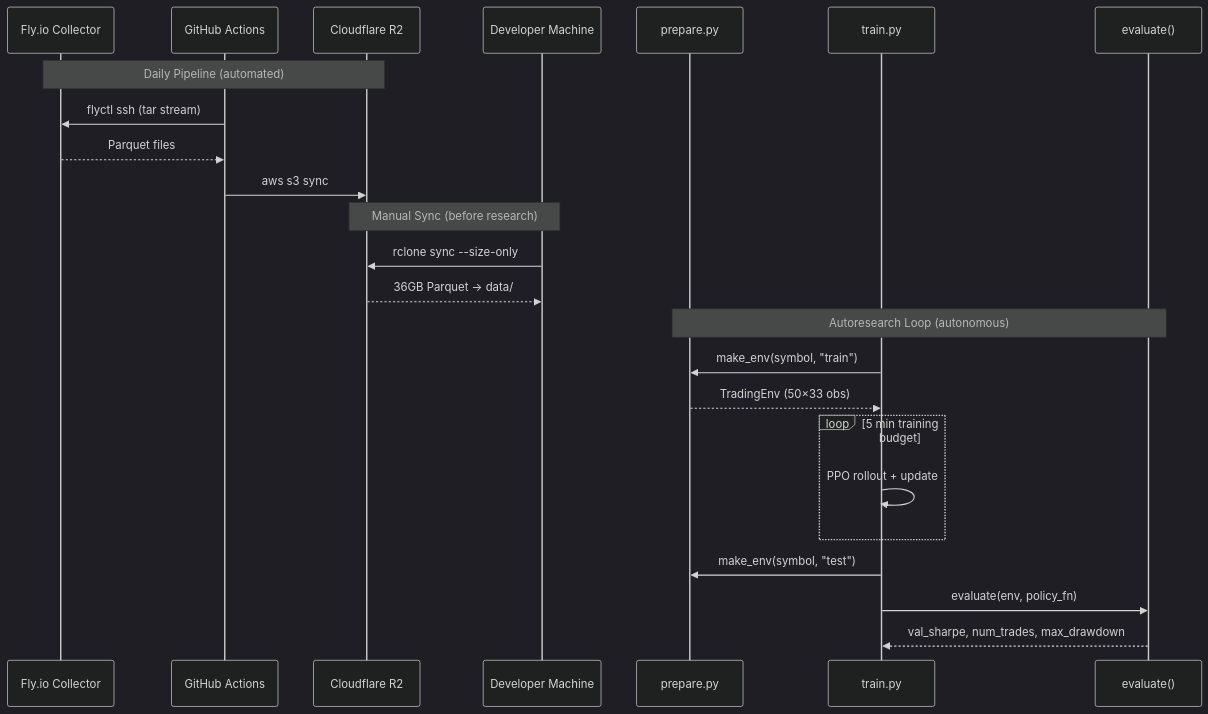
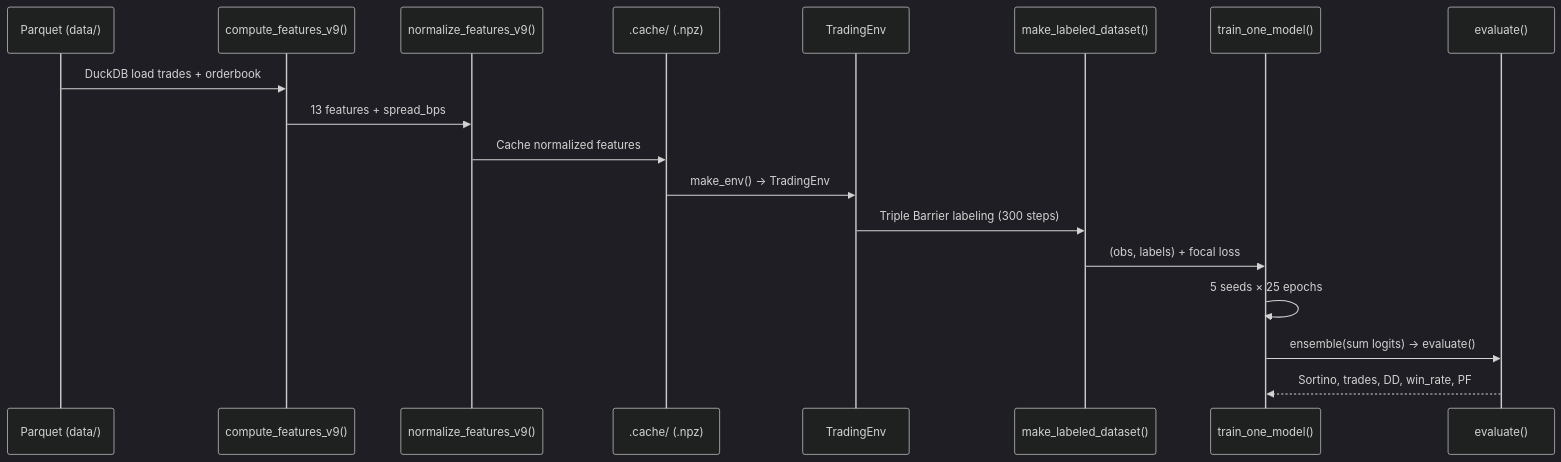
One commit to autoresearch-trading/autoresearch-trading changed the second of 2 diagrams in docs/CODEBASE_MAP.md. Above: the diagram before and after it, drawn with Mermaid (dark theme). The commit also changed other lines of this file and 3 other files, not shown here.

````diff
--- a/docs/CODEBASE_MAP.md
+++ b/docs/CODEBASE_MAP.md
@@ -140,29 +164,21 @@
 ```mermaid
 sequenceDiagram
-    participant Fly as Fly.io Collector
-    participant GH as GitHub Actions
-    participant R2 as Cloudflare R2
-    participant Dev as Developer Machine
-    participant Prep as prepare.py
-    participant Train as train.py
-    participant Eval as evaluate()
+    participant P as Parquet (data/)
+    participant F as compute_features_v9()
+    participant N as normalize_features_v9()
+    participant C as .cache/ (.npz)
+    participant E as TradingEnv
+    participant L as make_labeled_dataset()
+    participant T as train_one_model()
+    participant Ev as evaluate()
 
-    Note over Fly,R2: Daily Pipeline (automated)
-    GH->>Fly: flyctl ssh (tar stream)
-    Fly-->>GH: Parquet files
-    GH->>R2: aws s3 sync
-
-    Note over R2,Dev: Manual Sync (before research)
-    Dev->>R2: rclone sync --size-only
-    R2-->>Dev: 36GB Parquet → data/
-
-    Note over Prep,Eval: Autoresearch Loop (autonomous)
-    Train->>Prep: make_env(symbol, "train")
-    Prep-->>Train: TradingEnv (50×33 obs)
-    loop 5 min training budget
-        Train->>Train: PPO rollout + update
-    end
-    Train->>Prep: make_env(symbol, "test")
-    Train->>Eval: evaluate(env, policy_fn)
-    Eval-->>Train: val_sharpe, num_trades, max_drawdown
+    P->>F: DuckDB load trades + orderbook
+    F->>N: 13 features + spread_bps
+    N->>C: Cache normalized features
+    C->>E: make_env() → TradingEnv
+    E->>L: Triple Barrier labeling (300 steps)
+    L->>T: (obs, labels) + focal loss
+    T->>T: 5 seeds × 25 epochs
+    T->>Ev: ensemble(sum logits) → evaluate()
+    Ev-->>T: Sortino, trades, DD, win_rate, PF
 ```
````
